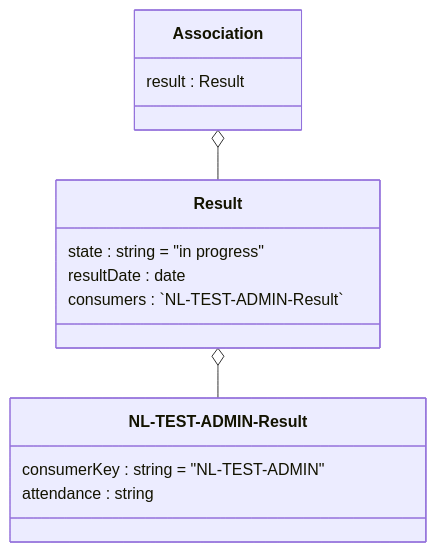
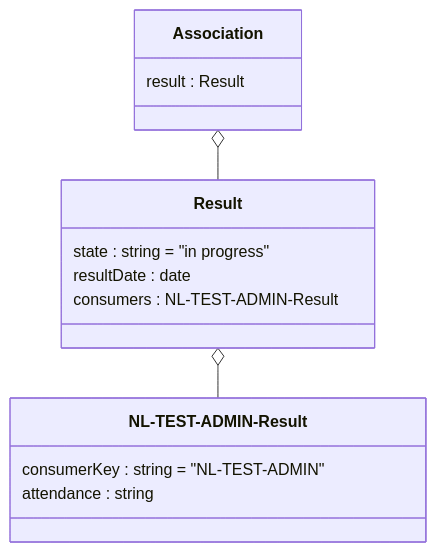
The fourth of 6 diagrams in doc/flow3.md (NetwerkExamineringDigitalisering/NED-OOAPI), drawn with Mermaid before and after one commit. The commit also changed other lines of this file and 3 other files, not shown here.

Commit message:
improve for readability class diagrams

````diff
--- a/doc/flow3.md
+++ b/doc/flow3.md
@@ -133,17 +133,17 @@
 ```mermaid
 classDiagram
     class Association {
 	result : Result
     }
     class Result {
     	state : string = "in progress"
       resultDate : date
-      consumers : `NL-TEST-ADMIN-Result`
+      consumers : NL-TEST-ADMIN-Result
     }
     class `NL-TEST-ADMIN-Result` {
     	consumerKey : string = "NL-TEST-ADMIN"
       attendance : string
     }
     Association o-- Result
     Result o-- `NL-TEST-ADMIN-Result`
 ```
````
